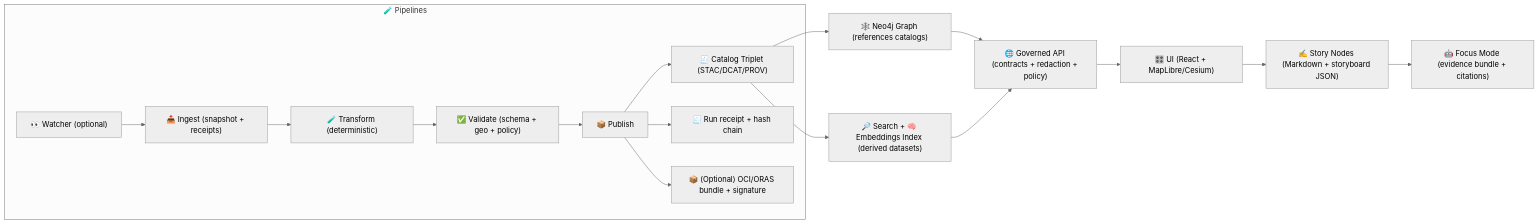
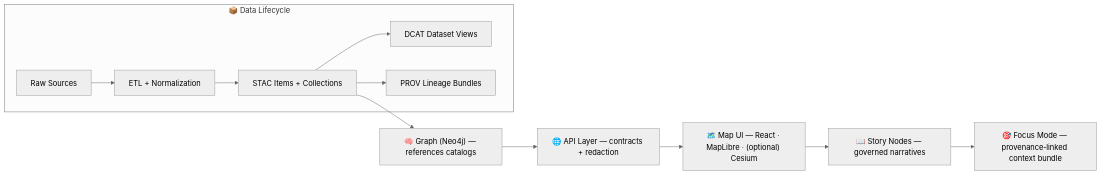
Before and after one commit to bartytime4life/Kansas-Frontier-Matrix: the diagram in src/README.md, drawn with Mermaid (neutral theme). The commit also changed other lines of this file, not shown here.

````diff
--- a/src/README.md
+++ b/src/README.md
@@ -284,22 +29,15 @@
 ```mermaid
 flowchart LR
-  subgraph Ingest["🧪 Pipelines"]
-    W["👀 Watcher (optional)"] --> I["📥 Ingest (snapshot + receipts)"]
-    I --> T["🧪 Transform (deterministic)"]
-    T --> V["✅ Validate (schema + geo + policy)"]
-    V --> P["📦 Publish"]
-    P --> CAT["🧾 Catalog Triplet (STAC/DCAT/PROV)"]
-    P --> AUD["🧾 Run receipt + hash chain"]
-    P --> ART["📦 (Optional) OCI/ORAS bundle + signature"]
+  subgraph Data["📦 Data Lifecycle"]
+    A["Raw Sources"] --> B["ETL + Normalization"]
+    B --> C["STAC Items + Collections"]
+    C --> D["DCAT Dataset Views"]
+    C --> E["PROV Lineage Bundles"]
   end
 
-  CAT --> G["🕸️ Neo4j Graph (references catalogs)"]
-  CAT --> IDX["🔎 Search + 🧠 Embeddings Index (derived datasets)"]
-
-  G --> API["🌐 Governed API (contracts + redaction + policy)"]
-  IDX --> API
-
-  API --> UI["🎛️ UI (React + MapLibre/Cesium)"]
-  UI --> STORY["✍️ Story Nodes (Markdown + storyboard JSON)"]
-  STORY --> FOCUS["🤖 Focus Mode (evidence bundle + citations)"]
+  C --> G["🧠 Graph (Neo4j) — references catalogs"]
+  G --> H["🌐 API Layer — contracts + redaction"]
+  H --> I["🗺️ Map UI — React · MapLibre · (optional) Cesium"]
+  I --> J["📖 Story Nodes — governed narratives"]
+  J --> K["🎯 Focus Mode — provenance‑linked context bundle"]
 ```
````
